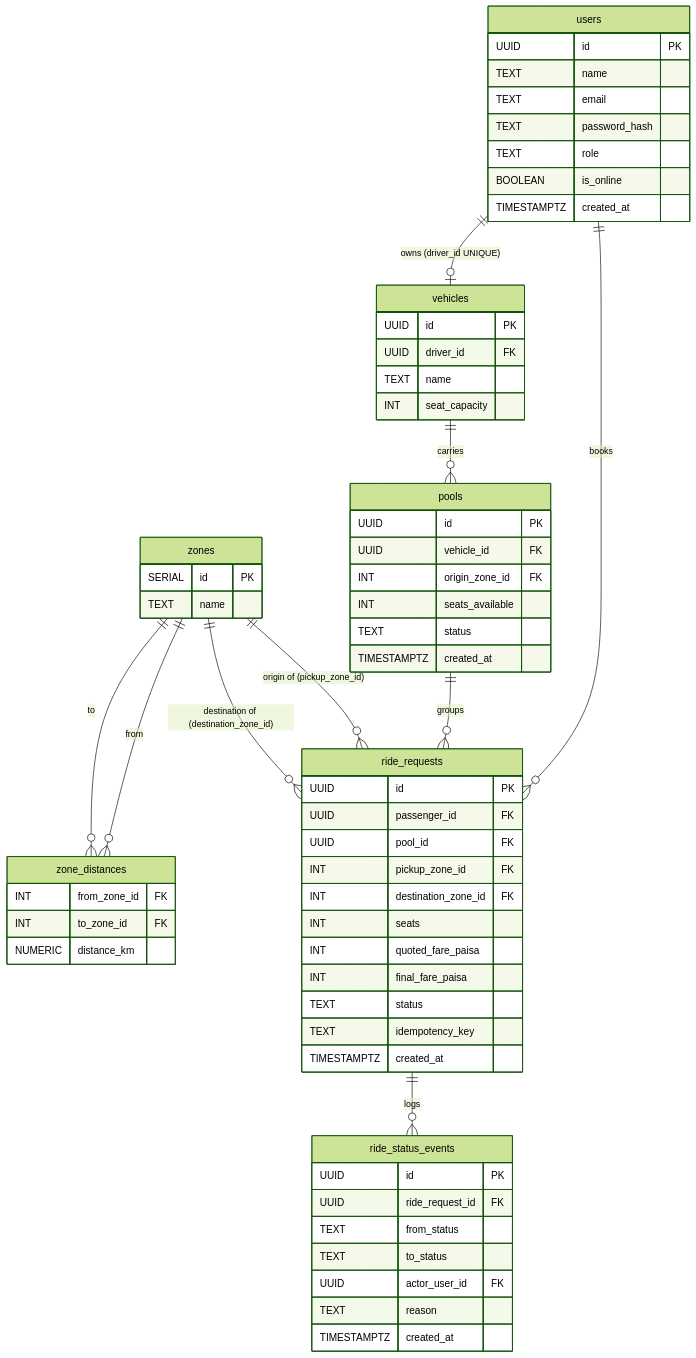
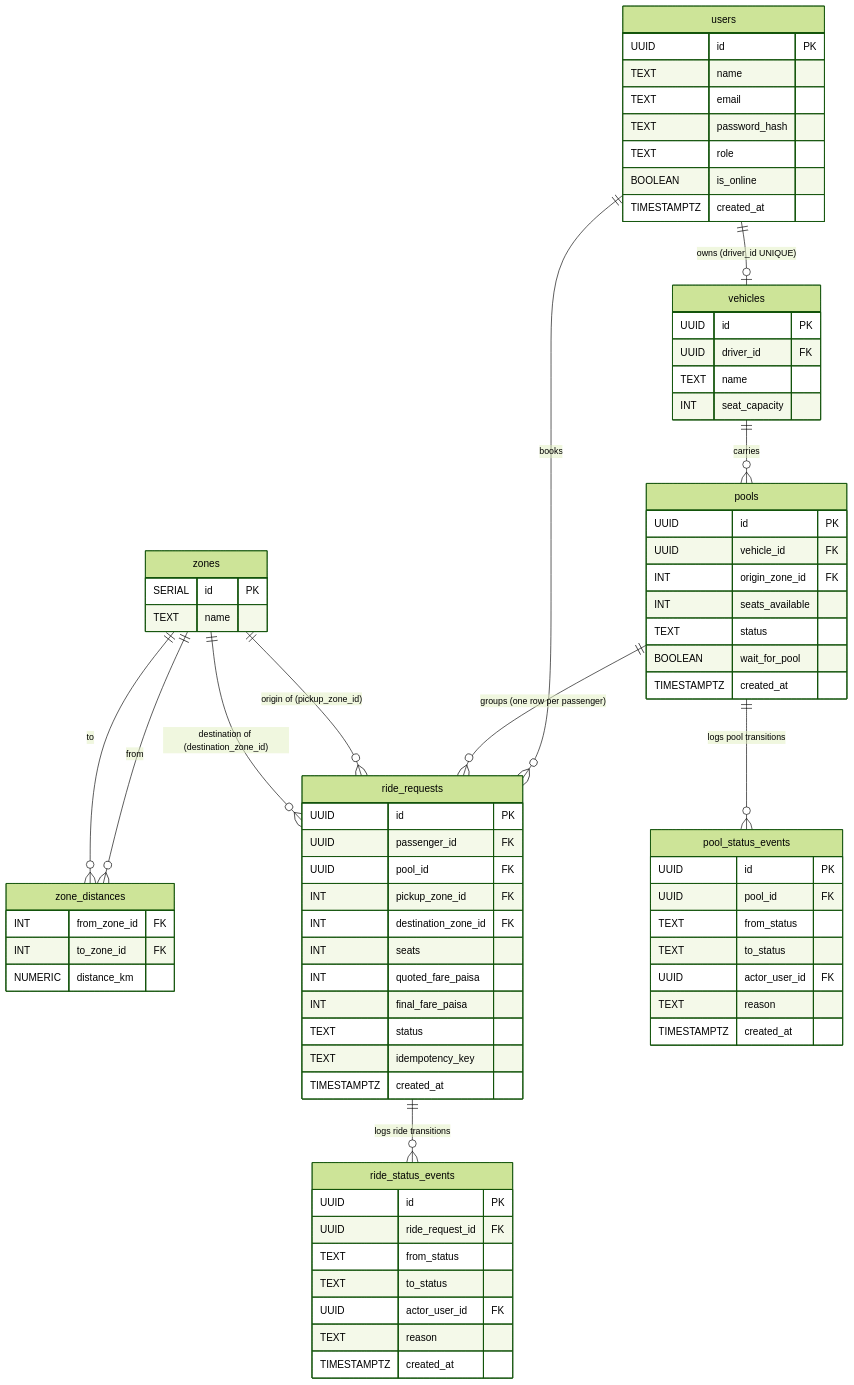
The second of 2 diagrams in docs/architecture.md (rafi0112/oi-tesla-pool), drawn with Mermaid (forest theme) before and after one commit. The commit also changed other lines of this file and 1 other file, not shown here.

Commit message:
docs(architecture): add pool_status_events table, wait_for_pool flag and cancellation rules

````diff
--- a/docs/architecture.md
+++ b/docs/architecture.md
@@ -51,67 +57,78 @@
 ```mermaid
 erDiagram
     users {
         UUID id PK
         TEXT name
         TEXT email
         TEXT password_hash
         TEXT role
         BOOLEAN is_online
         TIMESTAMPTZ created_at
     }
     vehicles {
         UUID id PK
         UUID driver_id FK
         TEXT name
         INT seat_capacity
     }
     zones {
         SERIAL id PK
         TEXT name
     }
     zone_distances {
         INT from_zone_id FK
         INT to_zone_id FK
         NUMERIC distance_km
     }
     pools {
         UUID id PK
         UUID vehicle_id FK
         INT origin_zone_id FK
         INT seats_available
         TEXT status
+        BOOLEAN wait_for_pool
         TIMESTAMPTZ created_at
     }
     ride_requests {
         UUID id PK
         UUID passenger_id FK
         UUID pool_id FK
         INT pickup_zone_id FK
         INT destination_zone_id FK
         INT seats
         INT quoted_fare_paisa
         INT final_fare_paisa
         TEXT status
         TEXT idempotency_key
         TIMESTAMPTZ created_at
     }
+    pool_status_events {
+        UUID id PK
+        UUID pool_id FK
+        TEXT from_status
+        TEXT to_status
+        UUID actor_user_id FK
+        TEXT reason
+        TIMESTAMPTZ created_at
+    }
     ride_status_events {
         UUID id PK
         UUID ride_request_id FK
         TEXT from_status
         TEXT to_status
         UUID actor_user_id FK
         TEXT reason
         TIMESTAMPTZ created_at
     }
 
     users ||--o| vehicles : "owns (driver_id UNIQUE)"
     users ||--o{ ride_requests : "books"
     vehicles ||--o{ pools : "carries"
-    pools ||--o{ ride_requests : "groups"
-    ride_requests ||--o{ ride_status_events : "logs"
+    pools ||--o{ ride_requests : "groups (one row per passenger)"
+    pools ||--o{ pool_status_events : "logs pool transitions"
+    ride_requests ||--o{ ride_status_events : "logs ride transitions"
     zones ||--o{ ride_requests : "origin of (pickup_zone_id)"
     zones ||--o{ ride_requests : "destination of (destination_zone_id)"
     zones ||--o{ zone_distances : "from"
     zones ||--o{ zone_distances : "to"
 ```
````
